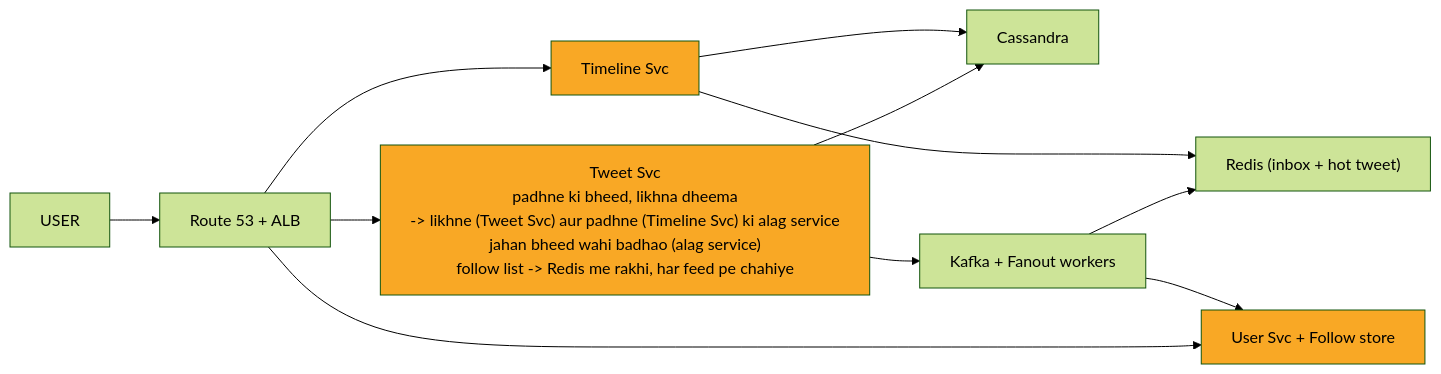
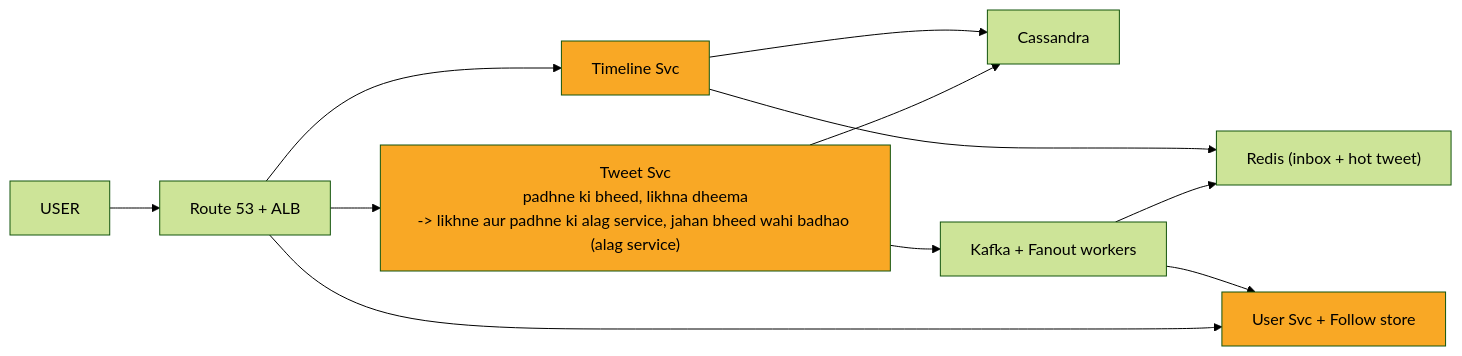
The diagram in 04_HLD/SYSTEM_DESIGNS/03_twitter_feed/img/c9.mmd (ArpanMaheshwari144/Prep), drawn with Mermaid (forest theme) before and after one commit. The commit also changed 42 other files, not shown here.

```diff
--- a/04_HLD/SYSTEM_DESIGNS/03_twitter_feed/img/c9.mmd
+++ b/04_HLD/SYSTEM_DESIGNS/03_twitter_feed/img/c9.mmd
@@ -1,23 +1,23 @@
 %%{init: {"flowchart": {"wrappingWidth": 450}}}%%
 flowchart LR
     n_USER["USER"]
     n_EDGE["Route 53 + ALB"]
-    n_Tweet_Svc["Tweet Svc<br/>padhne ki bheed, likhna dheema<br/>-> likhne (Tweet Svc) aur padhne (Timeline Svc) ki alag service<br/>jahan bheed wahi badhao (alag service)<br/>follow list -> Redis me rakhi, har feed pe chahiye"]
+    n_Tweet_Svc["Tweet Svc<br/>padhne ki bheed, likhna dheema<br/>-> likhne aur padhne ki alag service, jahan bheed wahi badhao (alag service)"]
     n_Cassandra["Cassandra"]
     n_FAN["Kafka + Fanout workers"]
     n_RI["Redis (inbox + hot tweet)"]
     n_Timeline_Svc["Timeline Svc"]
     n_UG["User Svc + Follow store"]
     n_USER --> n_EDGE
     n_EDGE --> n_Tweet_Svc
     n_EDGE --> n_Timeline_Svc
     n_EDGE --> n_UG
     n_Tweet_Svc --> n_Cassandra
     n_Tweet_Svc --> n_FAN
     n_FAN --> n_RI
     n_Timeline_Svc --> n_RI
     n_Timeline_Svc --> n_Cassandra
     n_FAN --> n_UG
     style n_Tweet_Svc fill:#f9a825,color:#000
     style n_Timeline_Svc fill:#f9a825,color:#000
     style n_UG fill:#f9a825,color:#000
```
